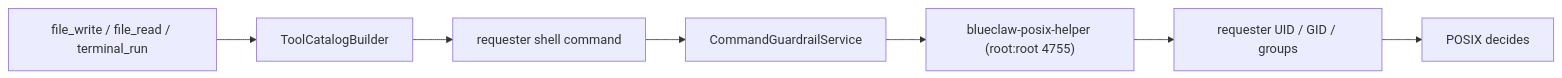
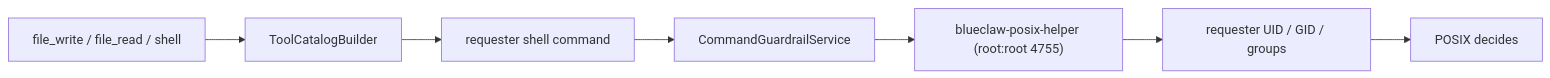
One commit to yeomyeonggeori/blueclaw changed the first of 2 diagrams in docs/architecture.md. Above: the diagram before and after it, drawn with Mermaid. The commit also changed 51 other files, not shown here.

````diff
--- a/docs/architecture.md
+++ b/docs/architecture.md
@@ -453,9 +453,9 @@
 ```mermaid
 flowchart LR
-  Tool["file_write / file_read / terminal_run"] --> Catalog["ToolCatalogBuilder"]
+  Tool["file_write / file_read / shell"] --> Catalog["ToolCatalogBuilder"]
   Catalog --> Shell["requester shell command"]
   Shell --> Guardrail["CommandGuardrailService"]
   Guardrail --> Helper["blueclaw-posix-helper (root:root 4755)"]
   Helper --> Requester["requester UID / GID / groups"]
   Requester --> POSIX["POSIX decides"]
 ```
````
